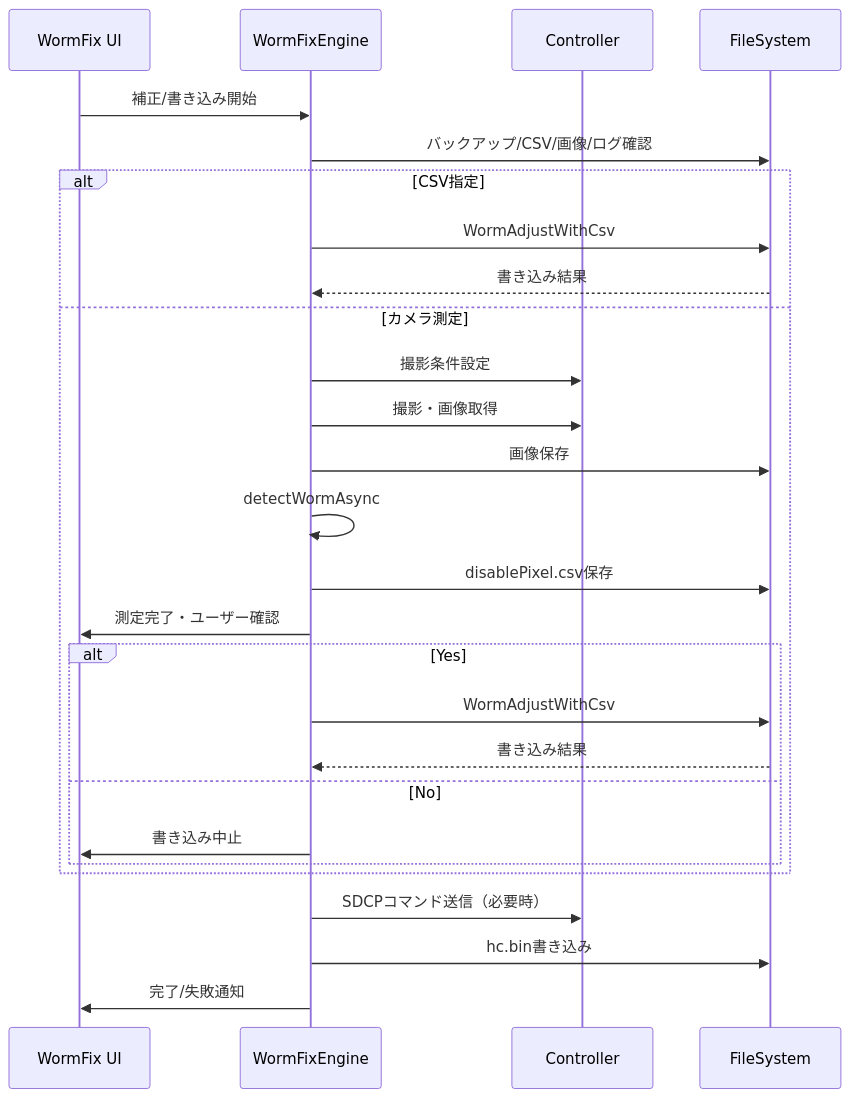
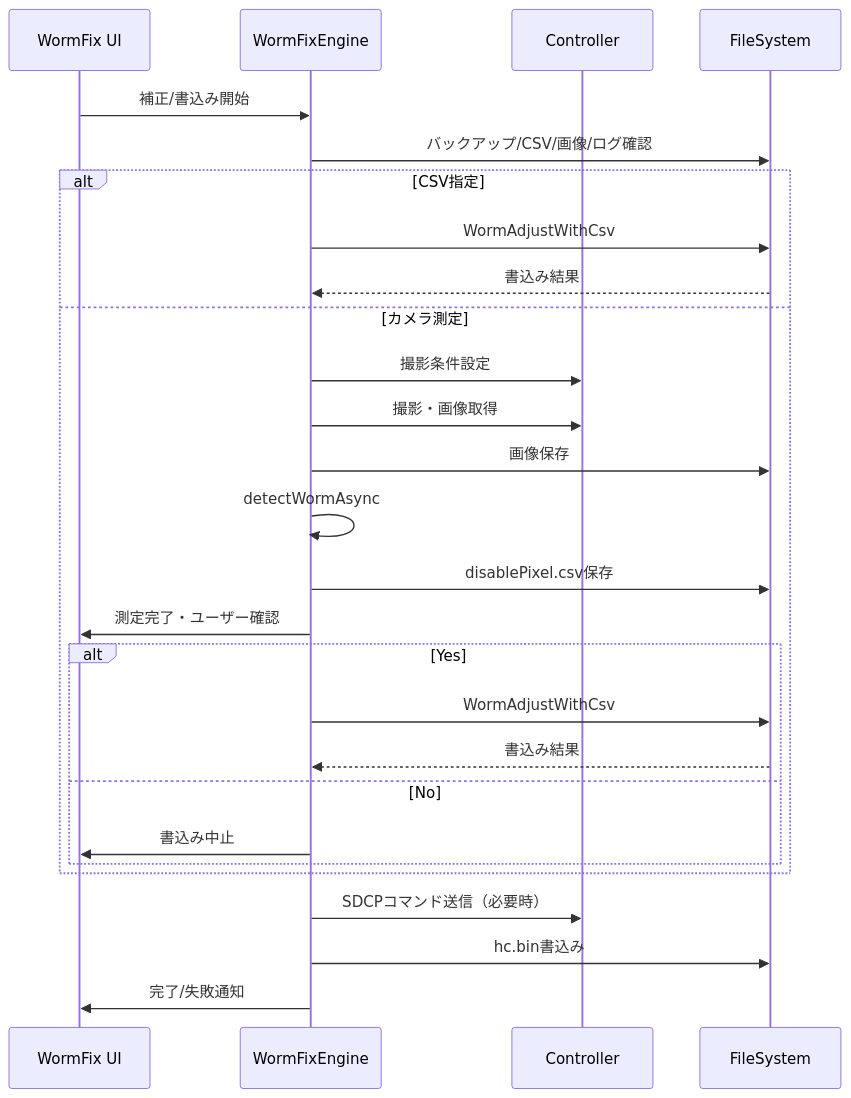
Before and after one commit to HottaTakayuki/ColorAlignmentSoftware: the first of 3 diagrams in docs/02-03.WormFix/WormFix_詳細設計書/07_関連システムインタフェース仕様.md, drawn with Mermaid. The commit also changed other lines of this file and 46 other files, not shown here.

````diff
--- a/docs/02-03.WormFix/WormFix_詳細設計書/07_関連システムインタフェース仕様.md
+++ b/docs/02-03.WormFix/WormFix_詳細設計書/07_関連システムインタフェース仕様.md
@@ -26,30 +29,30 @@
 ```mermaid
 sequenceDiagram
     participant UI as WormFix UI
     participant ENG as WormFixEngine
     participant CTRL as Controller
     participant FS as FileSystem
 
-    UI->>ENG: 補正/書き込み開始
+    UI->>ENG: 補正/書込み開始
     ENG->>FS: バックアップ/CSV/画像/ログ確認
     alt CSV指定
         ENG->>FS: WormAdjustWithCsv
-        FS-->>ENG: 書き込み結果
+        FS-->>ENG: 書込み結果
     else カメラ測定
         ENG->>CTRL: 撮影条件設定
         ENG->>CTRL: 撮影・画像取得
         ENG->>FS: 画像保存
         ENG->>ENG: detectWormAsync
         ENG->>FS: disablePixel.csv保存
         ENG->>UI: 測定完了・ユーザー確認
         alt Yes
             ENG->>FS: WormAdjustWithCsv
-            FS-->>ENG: 書き込み結果
+            FS-->>ENG: 書込み結果
         else No
-            ENG->>UI: 書き込み中止
+            ENG->>UI: 書込み中止
         end
     end
     ENG->>CTRL: SDCPコマンド送信（必要時）
-    ENG->>FS: hc.bin書き込み
+    ENG->>FS: hc.bin書込み
     ENG->>UI: 完了/失敗通知
 ```
````
